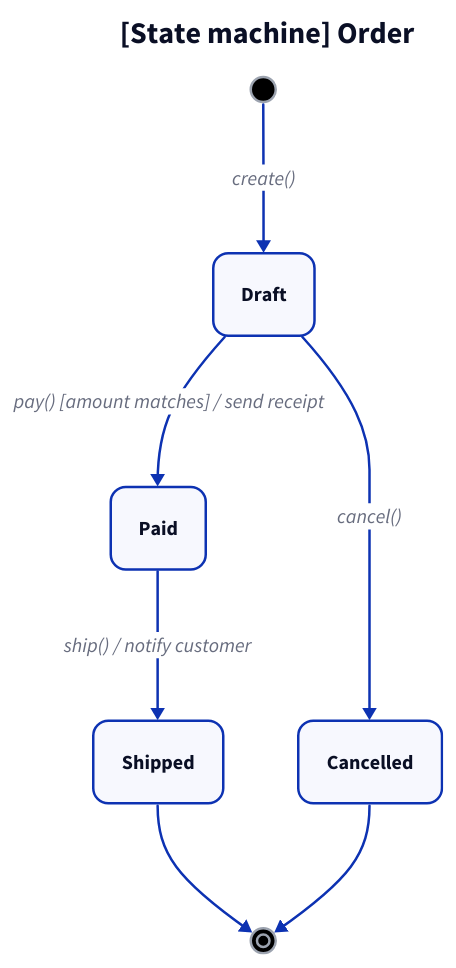
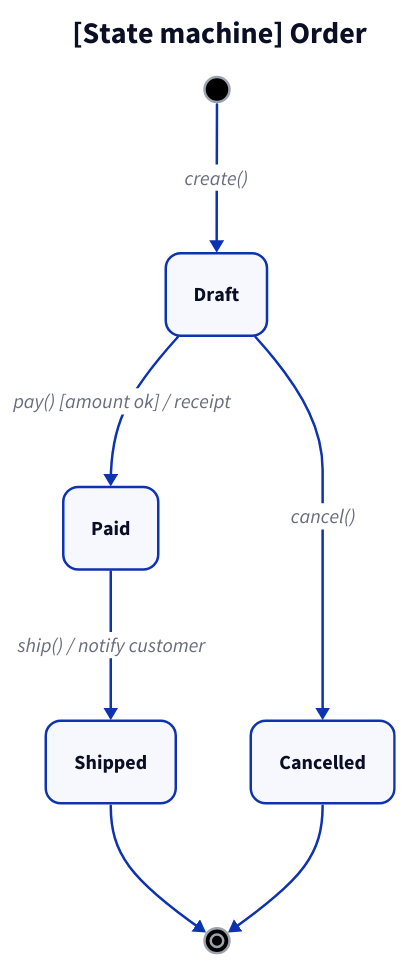
The second of 11 diagrams in skill/explaining-code/reference/models.md (ATkingma/KingmaDoc), drawn with D2 before and after one commit. The commit also changed other lines of this file and 21 other files, not shown here.

````diff
--- a/skill/explaining-code/reference/models.md
+++ b/skill/explaining-code/reference/models.md
@@ -83,19 +90,19 @@
 ```d2
 title: "[State machine] Order" {shape: text; near: top-center; style: {font-size: 24; bold: true}}
 direction: down
 classes: {
   state: {style: {border-radius: 12}}
 }
 start: "" {shape: circle; width: 20; style: {fill: black; stroke: "#9ca3af"}}
 end: "" {shape: circle; width: 20; style: {fill: black; stroke: "#9ca3af"; double-border: true}}
 draft: Draft {class: state}
 paid: Paid {class: state}
 shipped: Shipped {class: state}
 cancelled: Cancelled {class: state}
 start -> draft: "create()"
-draft -> paid: "pay() [amount matches] / send receipt"
+draft -> paid: "pay() [amount ok] / receipt"
 draft -> cancelled: "cancel()"
 paid -> shipped: "ship() / notify customer"
 shipped -> end
 cancelled -> end
 ```
````
